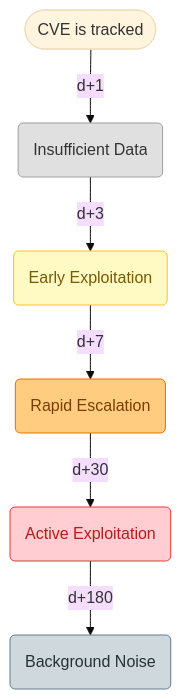
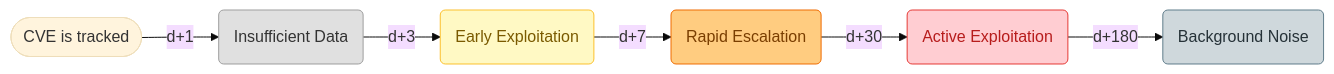
One commit to crowdsecurity/crowdsec-docs changed the second of 2 diagrams in crowdsec-docs/unversioned/tracker_api/exploitation_phases.mdx. Above: the diagram before and after it, drawn with Mermaid (base theme).

Commit message:
fix(LET): change diagram direction

````diff
--- a/crowdsec-docs/unversioned/tracker_api/exploitation_phases.mdx
+++ b/crowdsec-docs/unversioned/tracker_api/exploitation_phases.mdx
@@ -121,27 +121,27 @@
 ```mermaid
-flowchart TD
+flowchart LR
     start([CVE is tracked]) -->|d+1| insufficient_data
     insufficient_data -->|d+3| early_exploitation
     early_exploitation -->|d+7| rapid_escalation
     rapid_escalation -->|d+30| active_exploitation
     active_exploitation -->|d+180| background_noise
 
     insufficient_data(Insufficient Data)
     early_exploitation(Early Exploitation)
     rapid_escalation(Rapid Escalation)
     active_exploitation(Active Exploitation)
     background_noise(Background Noise)
 
     %% Colors map to threat level / attacker interest
     classDef neutral  fill:#e0e0e0,stroke:#9e9e9e,color:#333;
     classDef early    fill:#fff9c4,stroke:#fbc02d,color:#7a5a00;
     classDef popular  fill:#ffcc80,stroke:#ef6c00,color:#7a3e00;
     classDef high     fill:#ffcdd2,stroke:#e53935,color:#b71c1c;
     classDef noise    fill:#cfd8dc,stroke:#607d8b,color:#263238;
 
     class insufficient_data neutral;
     class early_exploitation early;
     class rapid_escalation popular;
     class active_exploitation high;
     class background_noise noise;
 ```
````
